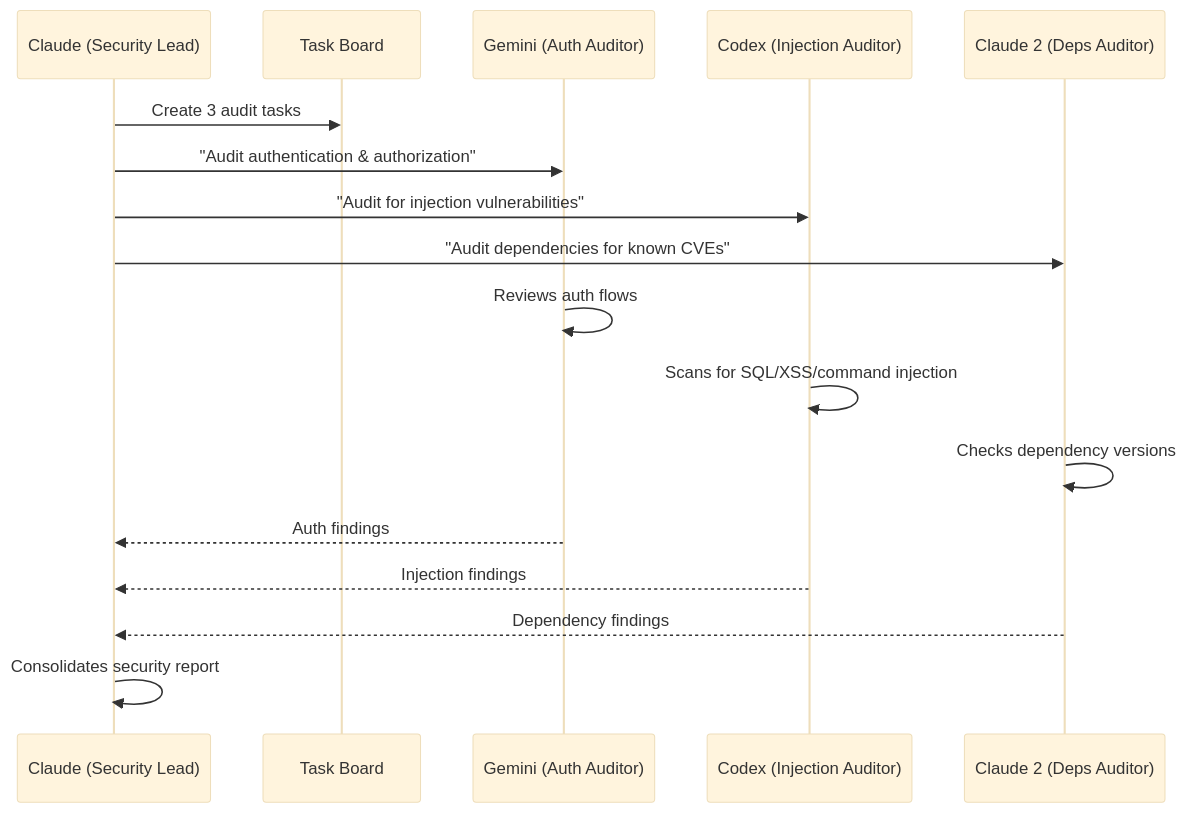
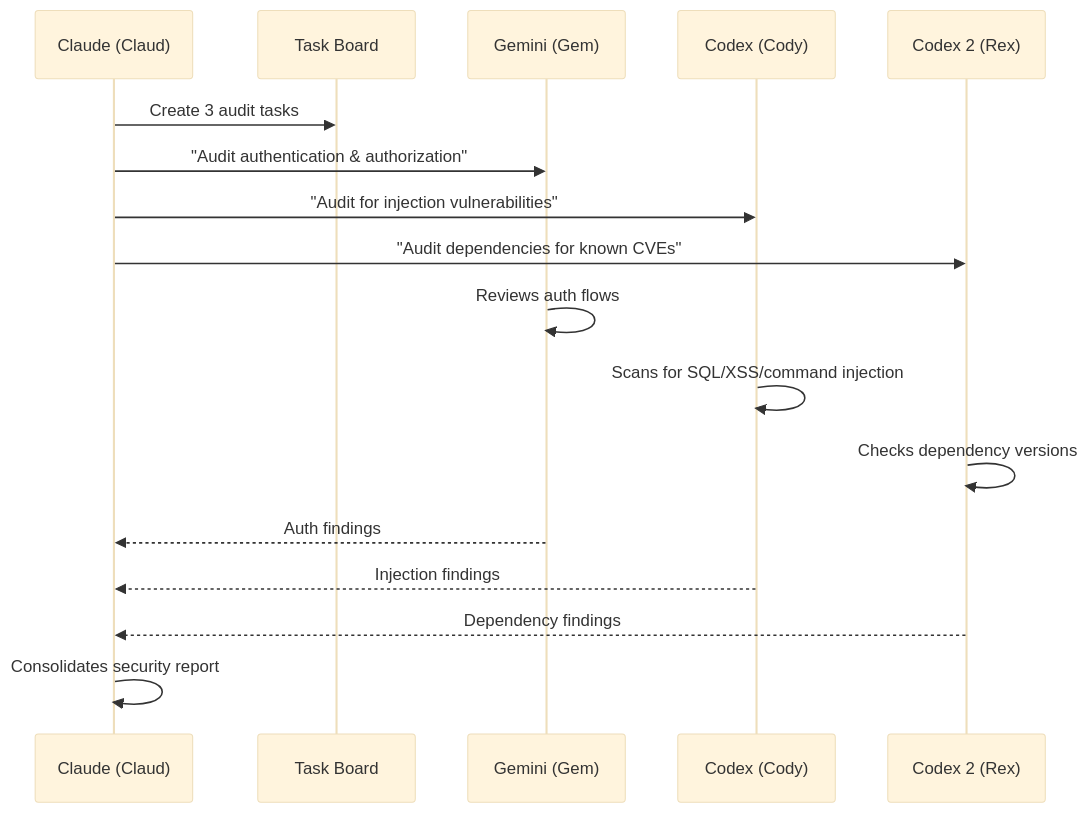
One commit to s-hiraoku/synapse-a2a changed the sixth of 8 diagrams in site-docs/guide/cross-agent-scenarios.md. Above: the diagram before and after it, drawn with Mermaid (base theme). The commit also changed other lines of this file and 32 other files, not shown here.

````diff
--- a/site-docs/guide/cross-agent-scenarios.md
+++ b/site-docs/guide/cross-agent-scenarios.md
@@ -417,20 +417,20 @@
 ```mermaid
 sequenceDiagram
-    participant Lead as Claude (Security Lead)
+    participant Lead as Claude (Claud)
     participant TB as Task Board
-    participant A1 as Gemini (Auth Auditor)
-    participant A2 as Codex (Injection Auditor)
-    participant A3 as Claude 2 (Deps Auditor)
+    participant A1 as Gemini (Gem)
+    participant A2 as Codex (Cody)
+    participant A3 as Codex 2 (Rex)
 
     Lead->>TB: Create 3 audit tasks
     Lead->>A1: "Audit authentication & authorization"
     Lead->>A2: "Audit for injection vulnerabilities"
     Lead->>A3: "Audit dependencies for known CVEs"
     A1->>A1: Reviews auth flows
     A2->>A2: Scans for SQL/XSS/command injection
     A3->>A3: Checks dependency versions
     A1-->>Lead: Auth findings
     A2-->>Lead: Injection findings
     A3-->>Lead: Dependency findings
     Lead->>Lead: Consolidates security report
 ```
````
